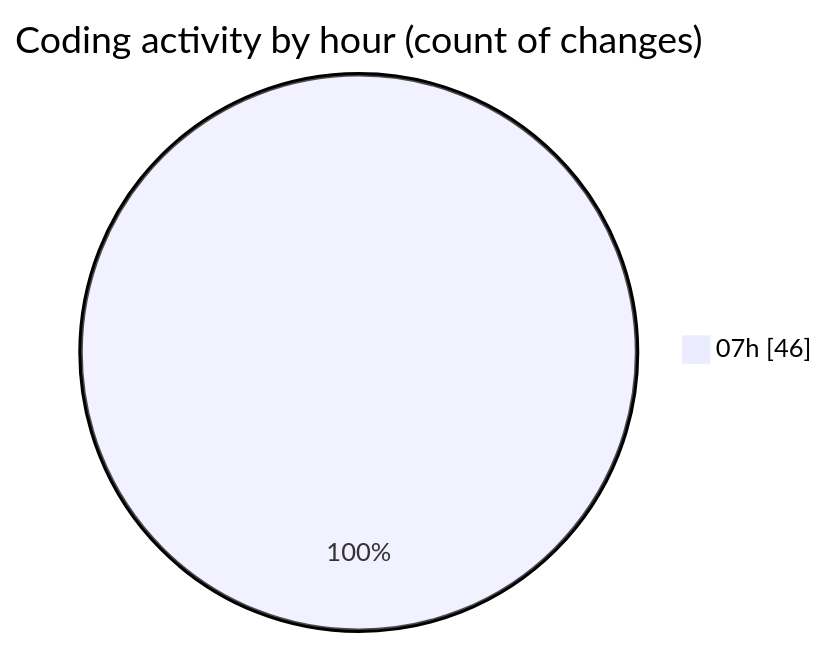
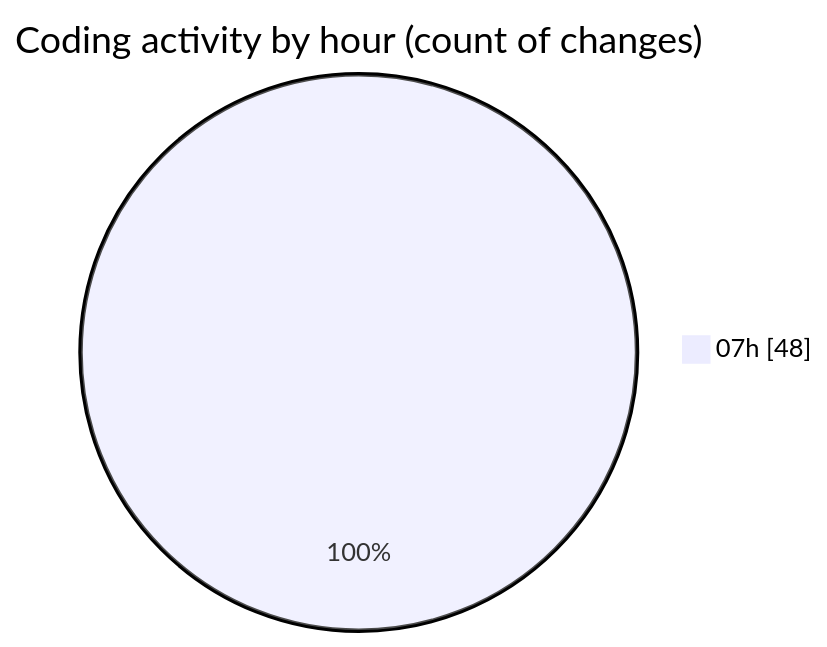
Before and after one commit to robertbonfada/code-tracking: the second of 2 diagrams in 2025-01-17/mbc-web/README.md, drawn with Mermaid. The commit also changed other lines of this file and 1 other file, not shown here.

````diff
--- a/2025-01-17/mbc-web/README.md
+++ b/2025-01-17/mbc-web/README.md
@@ -41,5 +41,5 @@
 ```mermaid
 pie showData
 title Coding activity by hour (count of changes)
-"07h" : 46
+"07h" : 48
 ```
````
